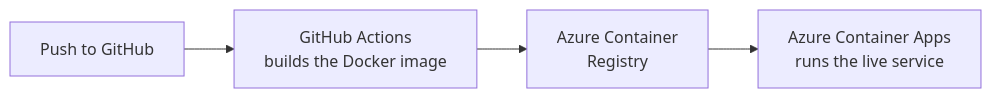
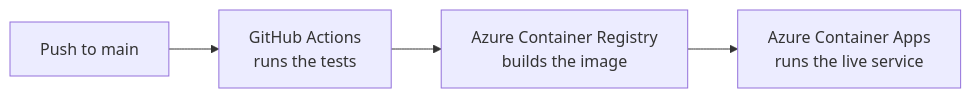
One commit to SEVT-Logistics-Private-Limited/My-AI-Engineering-Journey changed the third of 3 diagrams in projects/telugu-voice-assistant/README.md. Above: the diagram before and after it, drawn with Mermaid. The commit also changed other lines of this file and 2 other files, not shown here.

````diff
--- a/projects/telugu-voice-assistant/README.md
+++ b/projects/telugu-voice-assistant/README.md
@@ -79,4 +75,4 @@
 ```mermaid
 flowchart LR
-    GH["Push to GitHub"] --> GA["GitHub Actions<br/>builds the Docker image"] --> ACR["Azure Container<br/>Registry"] --> ACA["Azure Container Apps<br/>runs the live service"]
+    GH["Push to main"] --> T["GitHub Actions<br/>runs the tests"] --> ACR["Azure Container Registry<br/>builds the image"] --> ACA["Azure Container Apps<br/>runs the live service"]
 ```
````
